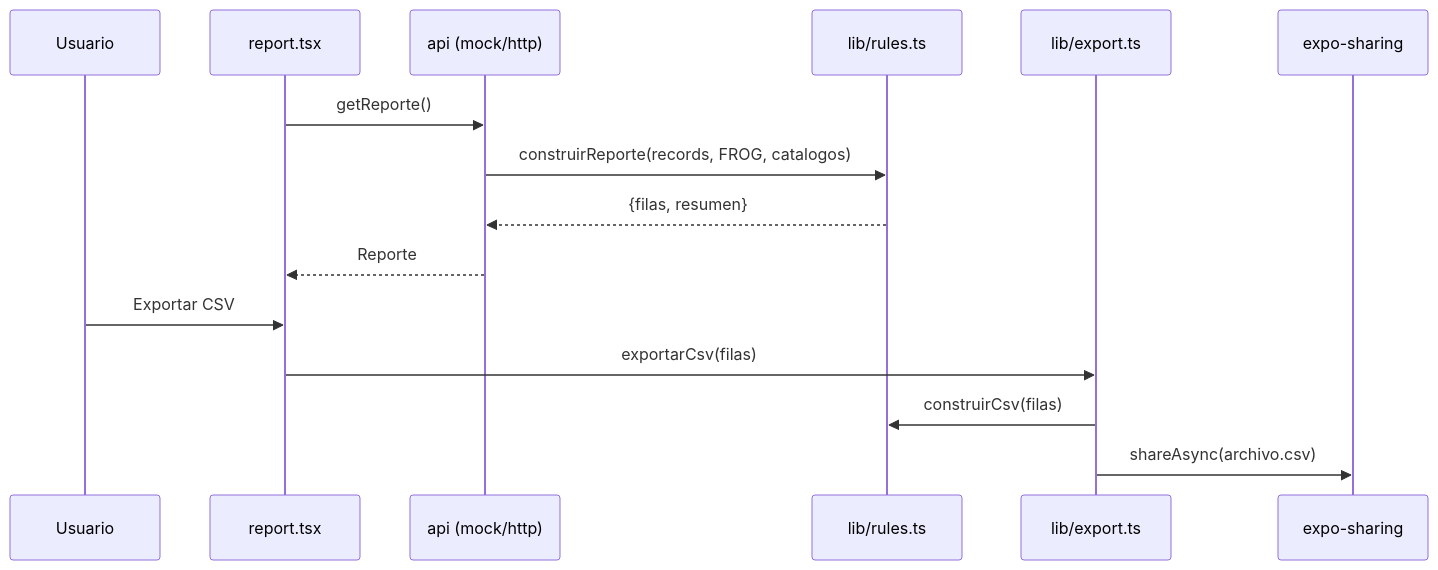
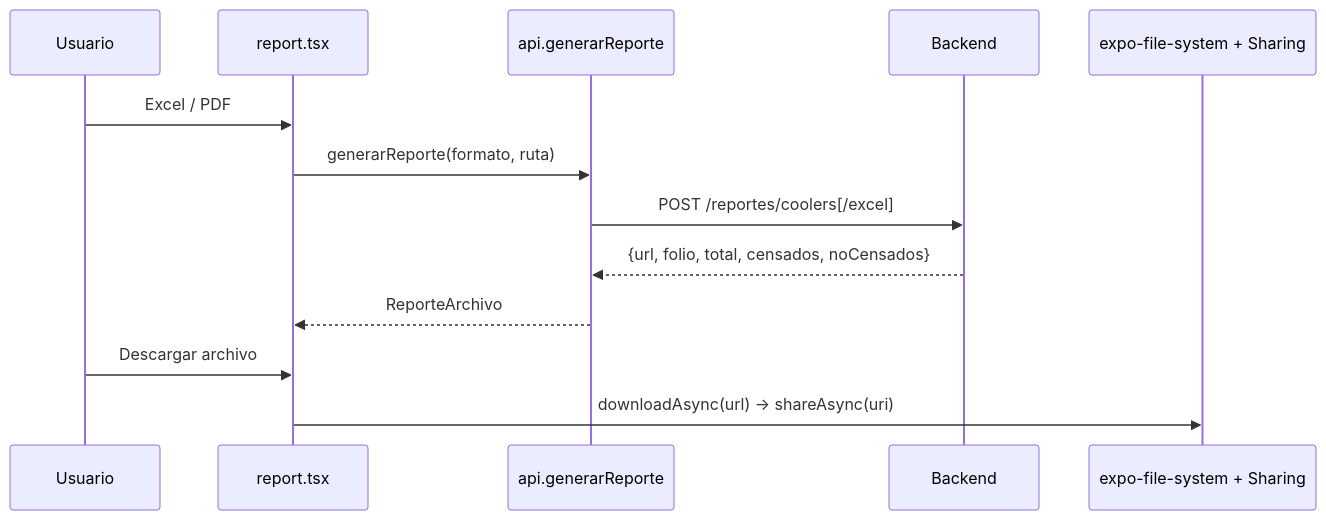
The third of 4 diagrams in docs/03-FLUJOS.md (YaxOFF/CensoCoolerAAOCSA_REACT), drawn with Mermaid before and after one commit. The commit also changed other lines of this file and 16 other files, not shown here.

````diff
--- a/docs/03-FLUJOS.md
+++ b/docs/03-FLUJOS.md
@@ -225,18 +155,16 @@
 ```mermaid
 sequenceDiagram
     participant U as Usuario
-    participant Report as report.tsx
-    participant Api as api (mock/http)
-    participant Rules as lib/rules.ts
-    participant Export as lib/export.ts
-    participant Share as expo-sharing
+    participant R as report.tsx
+    participant Api as api.generarReporte
+    participant B as Backend
+    participant FS as expo-file-system + Sharing
 
-    Report->>Api: getReporte()
-    Api->>Rules: construirReporte(records, FROG, catalogos)
-    Rules-->>Api: {filas, resumen}
-    Api-->>Report: Reporte
-    U->>Report: Exportar CSV
-    Report->>Export: exportarCsv(filas)
-    Export->>Rules: construirCsv(filas)
-    Export->>Share: shareAsync(archivo.csv)
+    U->>R: Excel / PDF
+    R->>Api: generarReporte(formato, ruta)
+    Api->>B: POST /reportes/coolers[/excel]
+    B-->>Api: {url, folio, total, censados, noCensados}
+    Api-->>R: ReporteArchivo
+    U->>R: Descargar archivo
+    R->>FS: downloadAsync(url) → shareAsync(uri)
 ```
````
